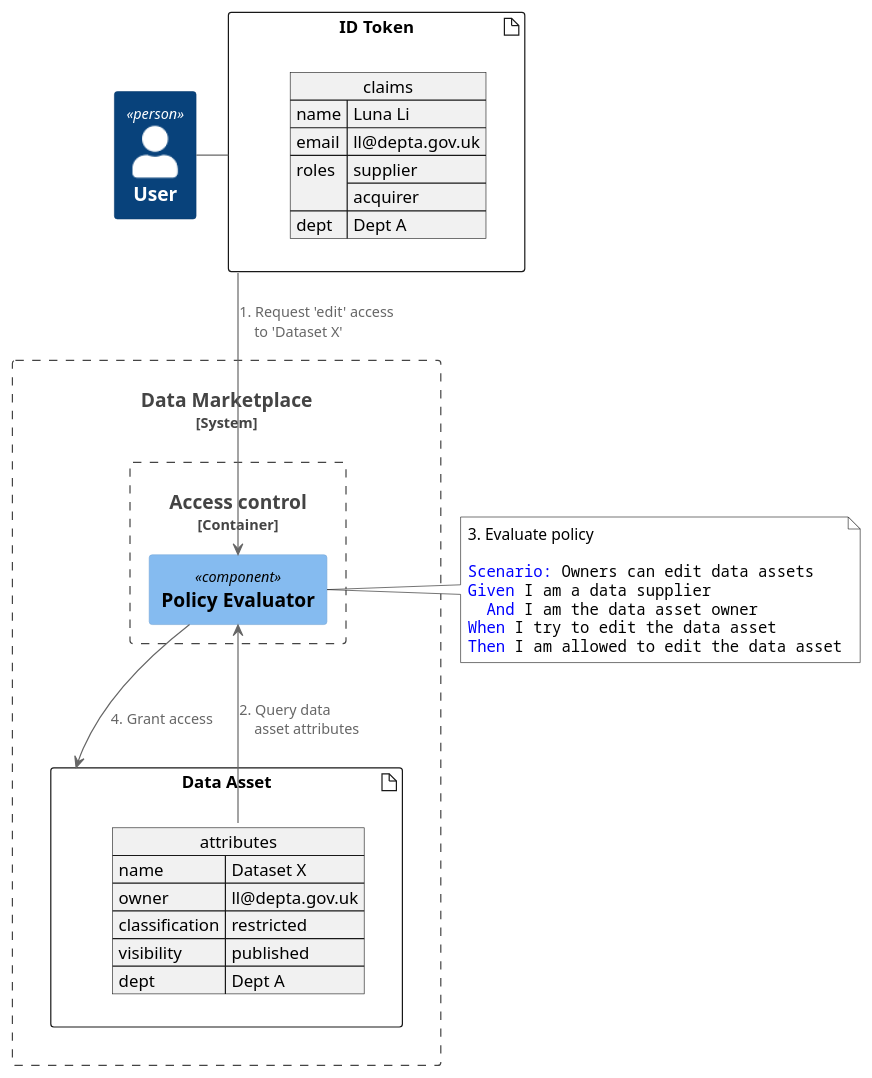
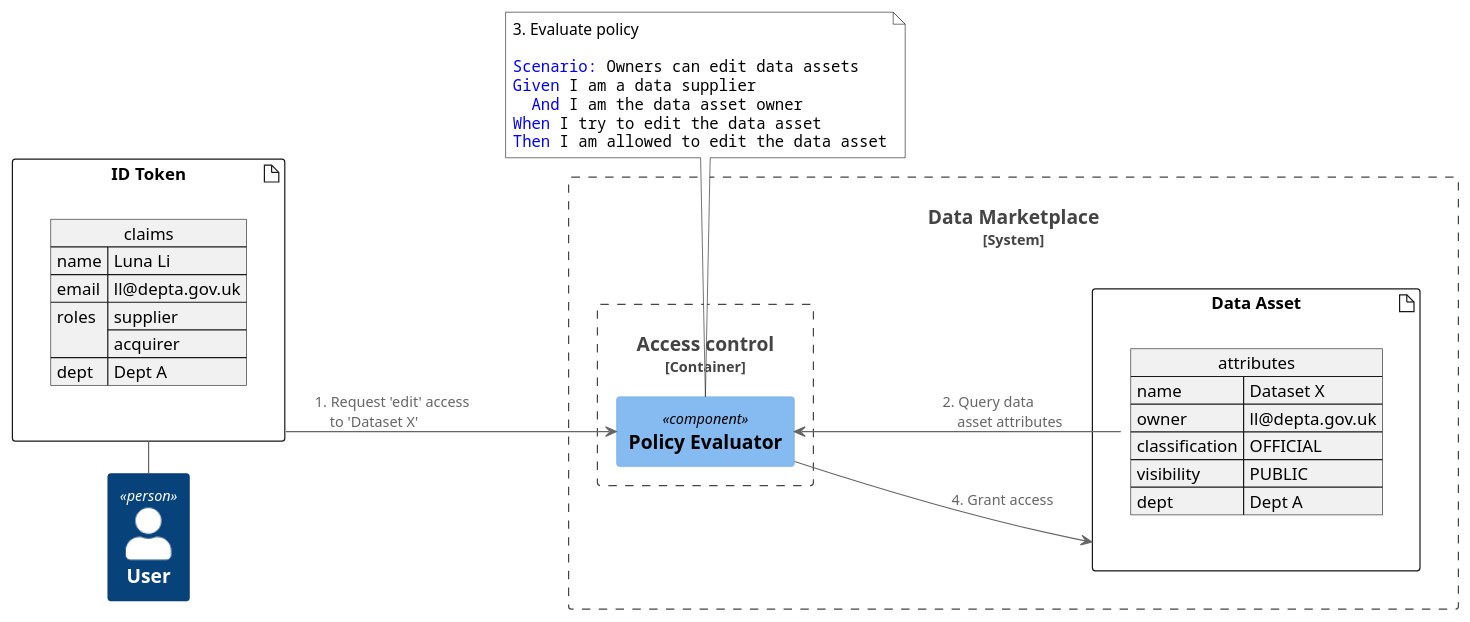
The diagram in data-marketplace/dm-c4-dynamic-abac.puml (co-cddo/data-architecture), drawn with PlantUML before and after one commit. The commit also changed 2 other files, not shown here.

Commit message:
Update file(s) "/." from "co-cddo/data-architecture-r"

```diff
--- a/data-marketplace/dm-c4-dynamic-abac.puml
+++ b/data-marketplace/dm-c4-dynamic-abac.puml
@@ -1,54 +1,55 @@
 @startuml dm-c4-dynamic-abac
 !include <C4/C4_Dynamic>
 skinparam noteTextAlignment left
 <style>
 note {
   MaximumWidth 500
   FontName courier
   BackgroundColor white
 }
 </style>
+left to right direction
 
 Person(user, "User")
 artifact "ID Token" as id {
   json claims {
     "name":"Luna Li",
     "email":"ll@depta.gov.uk",
     "roles": ["supplier", "acquirer"],
     "dept":"Dept A"
   }
 }
 
 System_Boundary(dm, "Data Marketplace") {
   Container_Boundary(acc, "Access control") {
     Component(policy,"Policy Evaluator")
   }
 
   artifact "Data Asset" as asset {
     json "attributes" as attr {
       "name": "Dataset X",
       "owner": "ll@depta.gov.uk",
-      "classification": "restricted",
-      "visibility": "published",
+      "classification": "OFFICIAL",
+      "visibility": "PUBLIC",
       "dept": "Dept A"
     }
   }
 }
 
 note as n1
    <font:arial>3. Evaluate policy</font>
 
    <color:blue>Scenario:</color> Owners can edit data assets
    <color:blue>Given</color> I am a data supplier
    <color:blue>  And</color> I am the data asset owner
    <color:blue>When</color> I try to edit the data asset
    <color:blue>Then</color> I am allowed to edit the data asset
 endnote
 
 user - id
 id --> policy : 1. Request 'edit' access\l    to 'Dataset X'
 policy <-- attr : 2. Query data\l    asset attributes
 policy - n1
 policy --> asset : 4. Grant access
 
 @enduml
```
